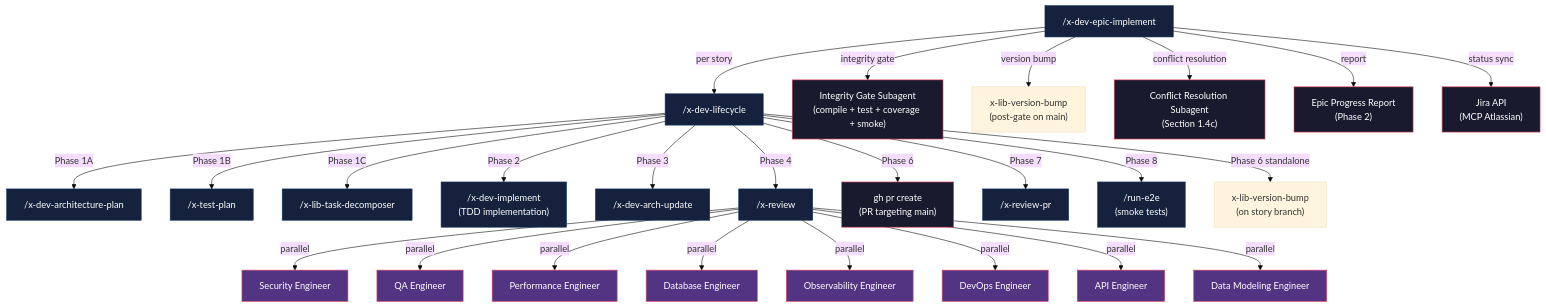
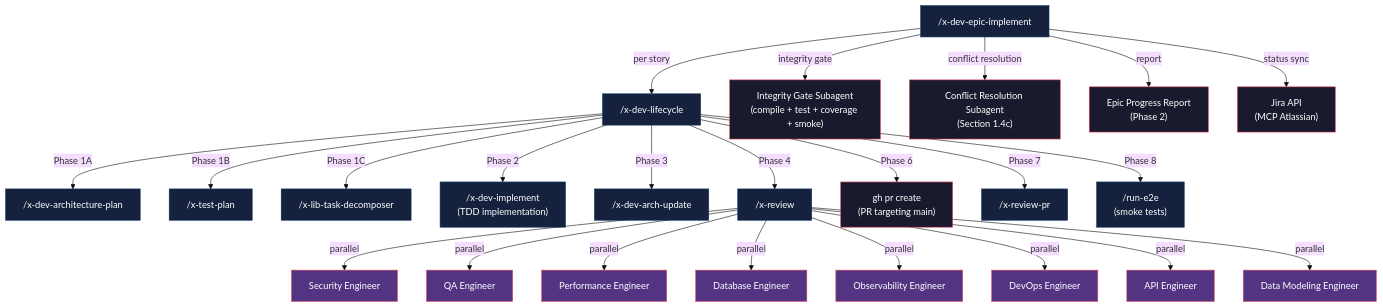
The fourth of 8 diagrams in .claude/skills/x-dev-epic-implement/README.md (edercnj/ia-dev-environment), drawn with Mermaid (base theme) before and after one commit. The commit also changed other lines of this file and 2248 other files, not shown here.

````diff
--- a/.claude/skills/x-dev-epic-implement/README.md
+++ b/.claude/skills/x-dev-epic-implement/README.md
@@ -217,38 +210,36 @@
 ```mermaid
 graph TD
     EPIC["/x-dev-epic-implement"] -->|per story| LIFE["/x-dev-lifecycle"]
 
     LIFE -->|Phase 1A| ARCH["/x-dev-architecture-plan"]
     LIFE -->|Phase 1B| TEST["/x-test-plan"]
     LIFE -->|Phase 1C| TASK["/x-lib-task-decomposer"]
     LIFE -->|Phase 2| IMPL["/x-dev-implement<br/>(TDD implementation)"]
     LIFE -->|Phase 3| ARCHUP["/x-dev-arch-update"]
     LIFE -->|Phase 4| REVIEW["/x-review"]
     LIFE -->|Phase 6| PR["gh pr create<br/>(PR targeting main)"]
     LIFE -->|Phase 7| LTREVIEW["/x-review-pr"]
     LIFE -->|Phase 8| E2E["/run-e2e<br/>(smoke tests)"]
 
     REVIEW -->|parallel| S1["Security Engineer"]
     REVIEW -->|parallel| S2["QA Engineer"]
     REVIEW -->|parallel| S3["Performance Engineer"]
     REVIEW -->|parallel| S4["Database Engineer"]
     REVIEW -->|parallel| S5["Observability Engineer"]
     REVIEW -->|parallel| S6["DevOps Engineer"]
     REVIEW -->|parallel| S7["API Engineer"]
     REVIEW -->|parallel| S8["Data Modeling Engineer"]
 
     EPIC -->|integrity gate| GATE["Integrity Gate Subagent<br/>(compile + test + coverage + smoke)"]
-    EPIC -->|version bump| VBUMP["x-lib-version-bump<br/>(post-gate on main)"]
     EPIC -->|conflict resolution| CONFLICT["Conflict Resolution Subagent<br/>(Section 1.4c)"]
     EPIC -->|report| REPORT["Epic Progress Report<br/>(Phase 2)"]
     EPIC -->|status sync| JIRA["Jira API<br/>(MCP Atlassian)"]
-    LIFE -->|Phase 6 standalone| VBUMP2["x-lib-version-bump<br/>(on story branch)"]
 
     classDef skill fill:#16213e,stroke:#0f3460,color:#fff
     classDef specialist fill:#533483,stroke:#e94560,color:#fff
     classDef infra fill:#1a1a2e,stroke:#e94560,color:#fff
 
     class EPIC,LIFE,ARCH,TEST,TASK,IMPL,ARCHUP,REVIEW,LTREVIEW,E2E skill
     class S1,S2,S3,S4,S5,S6,S7,S8 specialist
     class PR,GATE,CONFLICT,REPORT,JIRA infra
 ```
````
